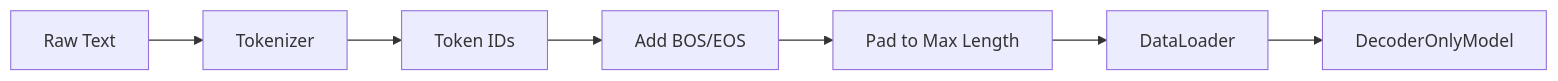
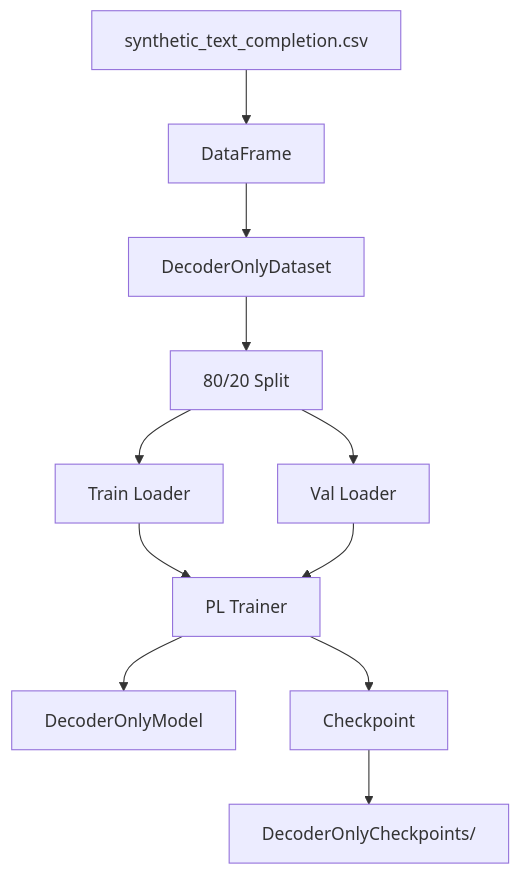
The diagram in docs/DecoderOnlyTrainer.md (ambideXtrous9/Transformer-from-Scratch), drawn with Mermaid before and after one commit. The commit also changed other lines of this file and 14 other files, not shown here.

````diff
--- a/docs/DecoderOnlyTrainer.md
+++ b/docs/DecoderOnlyTrainer.md
@@ -22,9 +20,13 @@
 ```mermaid
-graph LR
-    Raw[Raw Text] --> Tokenizer
-    Tokenizer --> Tokens[Token IDs]
-    Tokens --> AddSpecial[Add BOS/EOS]
-    AddSpecial --> Pad[Pad to Max Length]
-    Pad --> DataLoader
-    DataLoader --> Model[DecoderOnlyModel]
+graph TD
+    CSV[synthetic_text_completion.csv] --> DF[DataFrame]
+    DF --> Dataset[DecoderOnlyDataset]
+    Dataset --> Split[80/20 Split]
+    Split --> TL[Train Loader]
+    Split --> VL[Val Loader]
+    
+    TL & VL --> Trainer[PL Trainer]
+    Trainer --> Model[DecoderOnlyModel]
+    Trainer --> CK[Checkpoint]
+    CK --> Disk[DecoderOnlyCheckpoints/]
 ```
````
